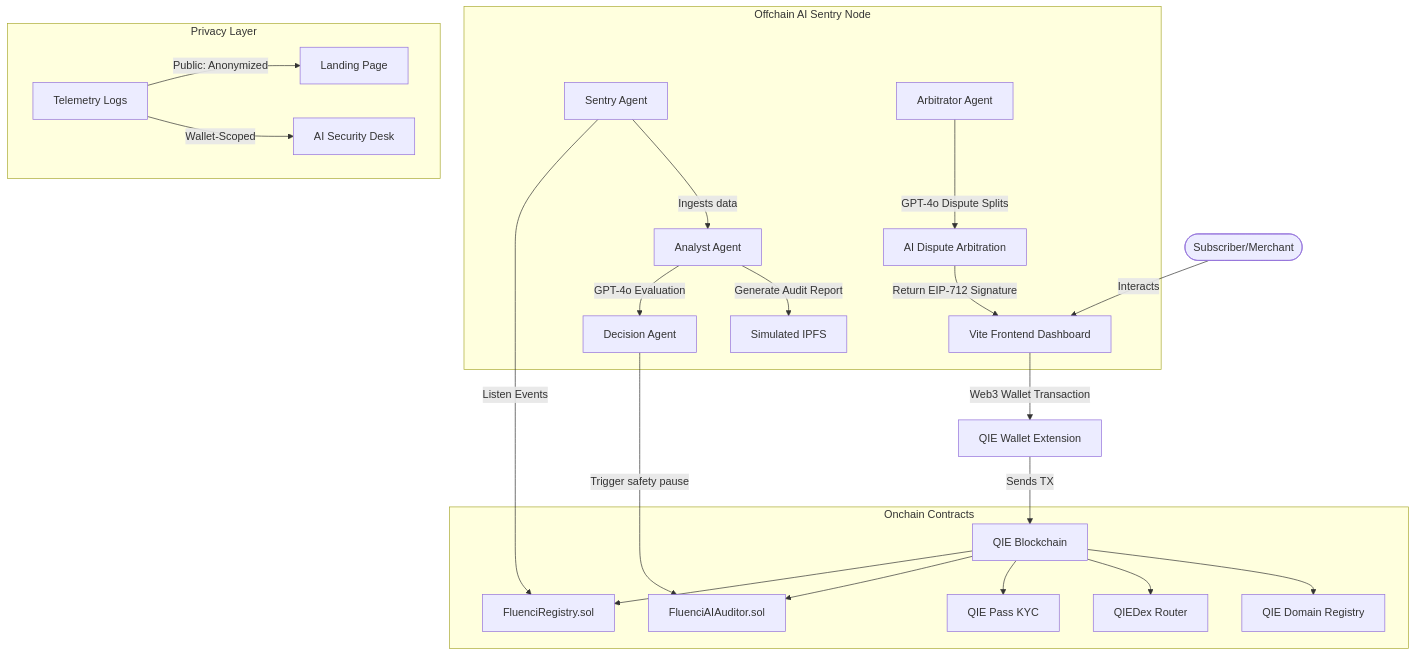
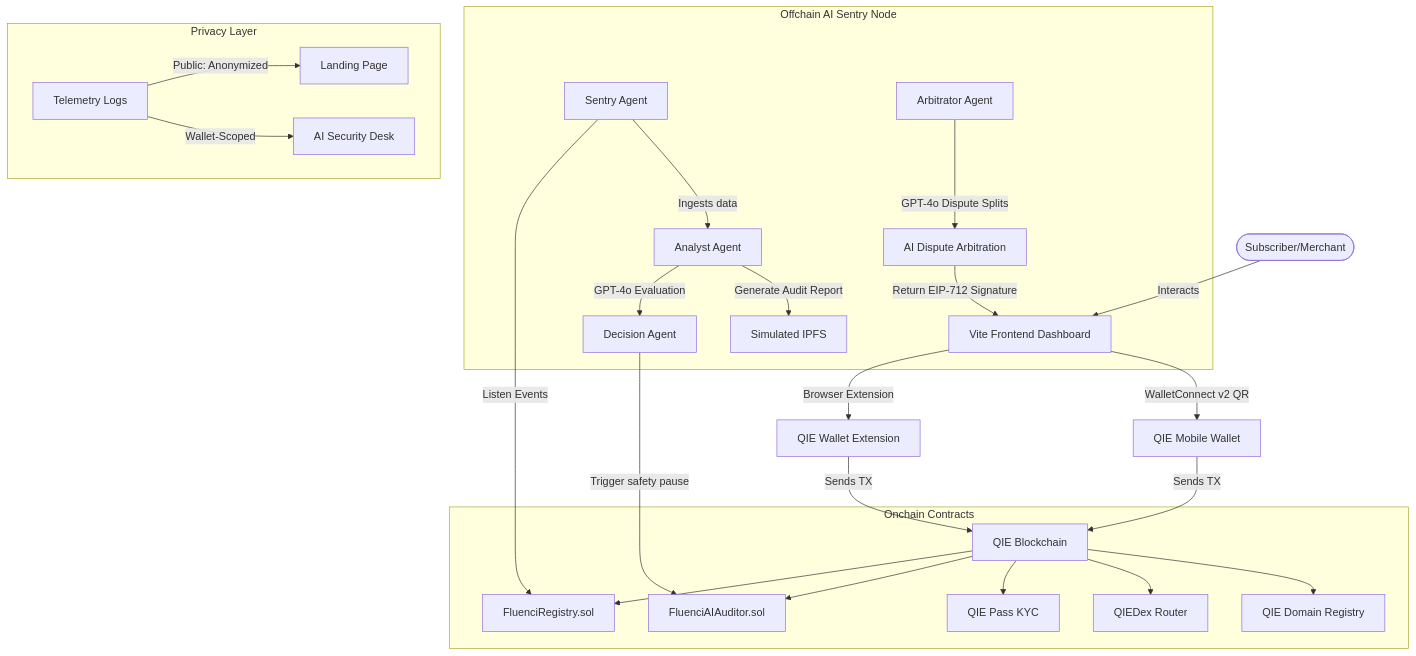
One commit to mrnetwork0001/Fluenci changed the diagram in README.md. Above: the diagram before and after it, drawn with Mermaid. The commit also changed other lines of this file, not shown here.

Commit message:
docs: update README with latest developments (WalletConnect v2 mobile, blog, docs, AI chat, live stats)

````diff
--- a/README.md
+++ b/README.md
@@ -57,30 +99,32 @@
 ```mermaid
 graph TD
     User([Subscriber/Merchant]) -->|Interacts| UI[Vite Frontend Dashboard]
-    UI -->|Web3 Wallet Transaction| Wallet[QIE Wallet Extension]
+    UI -->|Browser Extension| Wallet[QIE Wallet Extension]
+    UI -->|WalletConnect v2 QR| MobileWallet[QIE Mobile Wallet]
     Wallet -->|Sends TX| BC[QIE Blockchain]
-    
+    MobileWallet -->|Sends TX| BC
+
     subgraph Onchain Contracts
         BC --> Registry[FluenciRegistry.sol]
         BC --> Auditor[FluenciAIAuditor.sol]
         BC --> QPass[QIE Pass KYC]
         BC --> QDex[QIEDex Router]
         BC --> QDom[QIE Domain Registry]
     end
-    
+
     subgraph Offchain AI Sentry Node
         Sentry[Sentry Agent] -->|Listen Events| Registry
         Sentry -->|Ingests data| Analyst[Analyst Agent]
         Analyst -->|GPT-4o Evaluation| Decision[Decision Agent]
         Analyst -->|Generate Audit Report| IPFS[Simulated IPFS]
         Decision -->|Trigger safety pause| Auditor
-        
+
         Arbitrator[Arbitrator Agent] -->|GPT-4o Dispute Splits| Dispute[AI Dispute Arbitration]
         Dispute -->|Return EIP-712 Signature| UI
     end
 
     subgraph Privacy Layer
         Telemetry[Telemetry Logs] -->|Public: Anonymized| Landing[Landing Page]
         Telemetry -->|Wallet-Scoped| SecurityDesk[AI Security Desk]
     end
 ```
````
